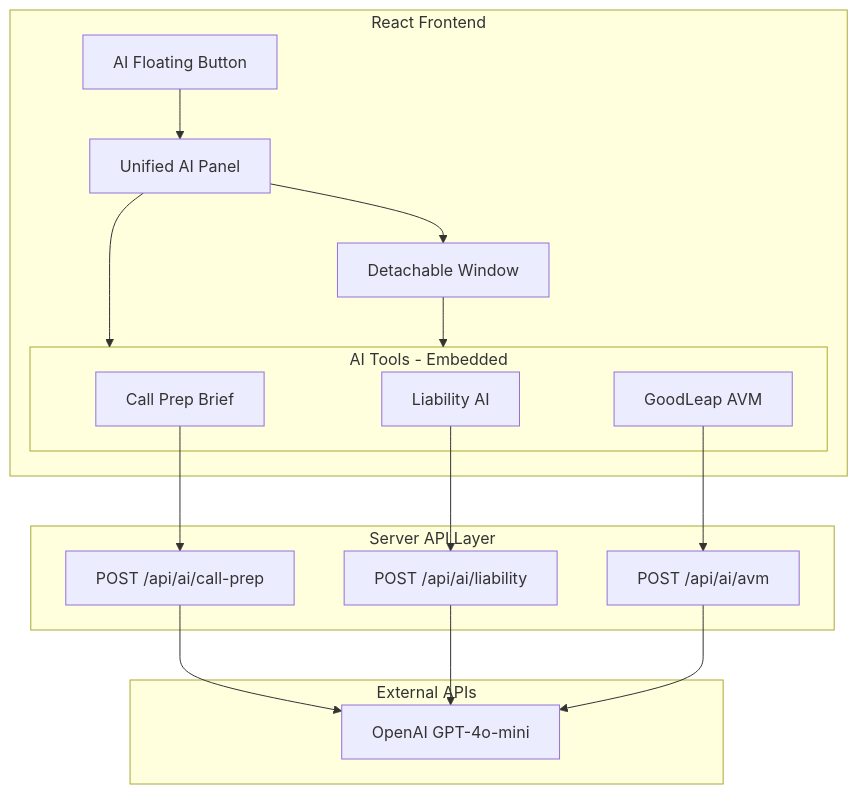
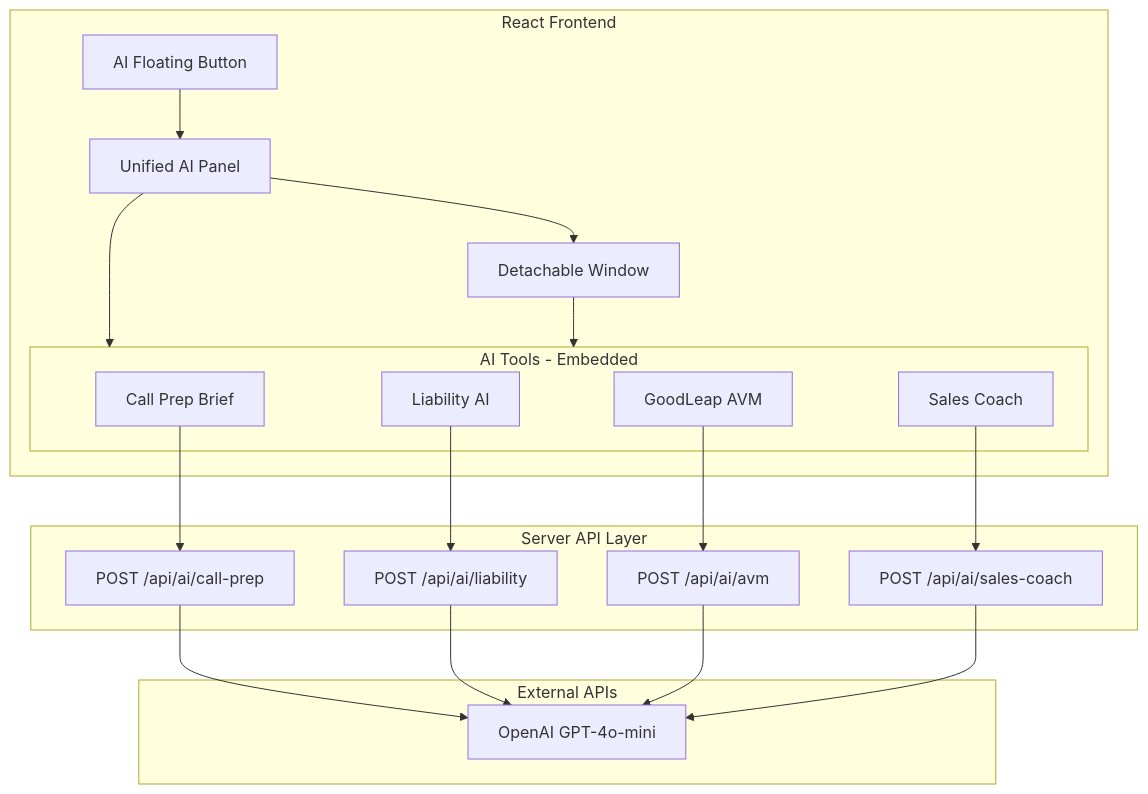
The third of 4 diagrams in lumos-app/docs/AI_FEATURES_PRD.md (rohan2207/loan-pricing-tool), drawn with Mermaid before and after one commit. The commit also changed other lines of this file and 28 other files, not shown here.

Commit message:
Sales Coach: present all interest calculations as estimates

````diff
--- a/lumos-app/docs/AI_FEATURES_PRD.md
+++ b/lumos-app/docs/AI_FEATURES_PRD.md
@@ -292,38 +292,42 @@
 ```mermaid
 flowchart TB
     subgraph Client [React Frontend]
         FloatingButton[AI Floating Button]
         AIPanel[Unified AI Panel]
         PopoutWindow[Detachable Window]
         
         FloatingButton --> AIPanel
         AIPanel --> PopoutWindow
         
         subgraph AITools [AI Tools - Embedded]
             CallPrepBrief[Call Prep Brief]
             LiabilityAI[Liability AI]
             GoodLeapAVM[GoodLeap AVM]
+            SalesCoach[Sales Coach]
         end
         
         AIPanel --> AITools
         PopoutWindow --> AITools
     end
     
     subgraph Server [Server API Layer]
         CallPrepAPI[POST /api/ai/call-prep]
         LiabilityAPI[POST /api/ai/liability]
         AVMAPI[POST /api/ai/avm]
+        SalesCoachAPI[POST /api/ai/sales-coach]
     end
     
     subgraph External [External APIs]
         OpenAI[OpenAI GPT-4o-mini]
     end
     
     CallPrepBrief --> CallPrepAPI
     LiabilityAI --> LiabilityAPI
     GoodLeapAVM --> AVMAPI
+    SalesCoach --> SalesCoachAPI
     
     CallPrepAPI --> OpenAI
     LiabilityAPI --> OpenAI
     AVMAPI --> OpenAI
+    SalesCoachAPI --> OpenAI
 ```
````
